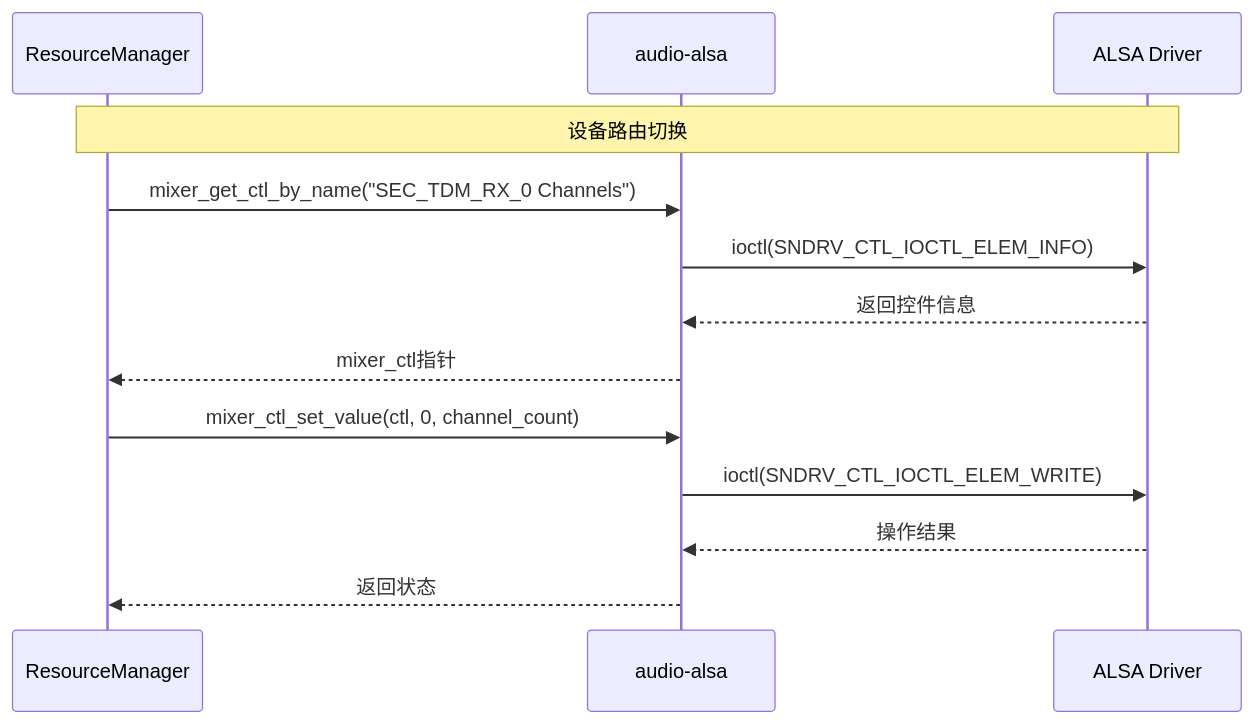
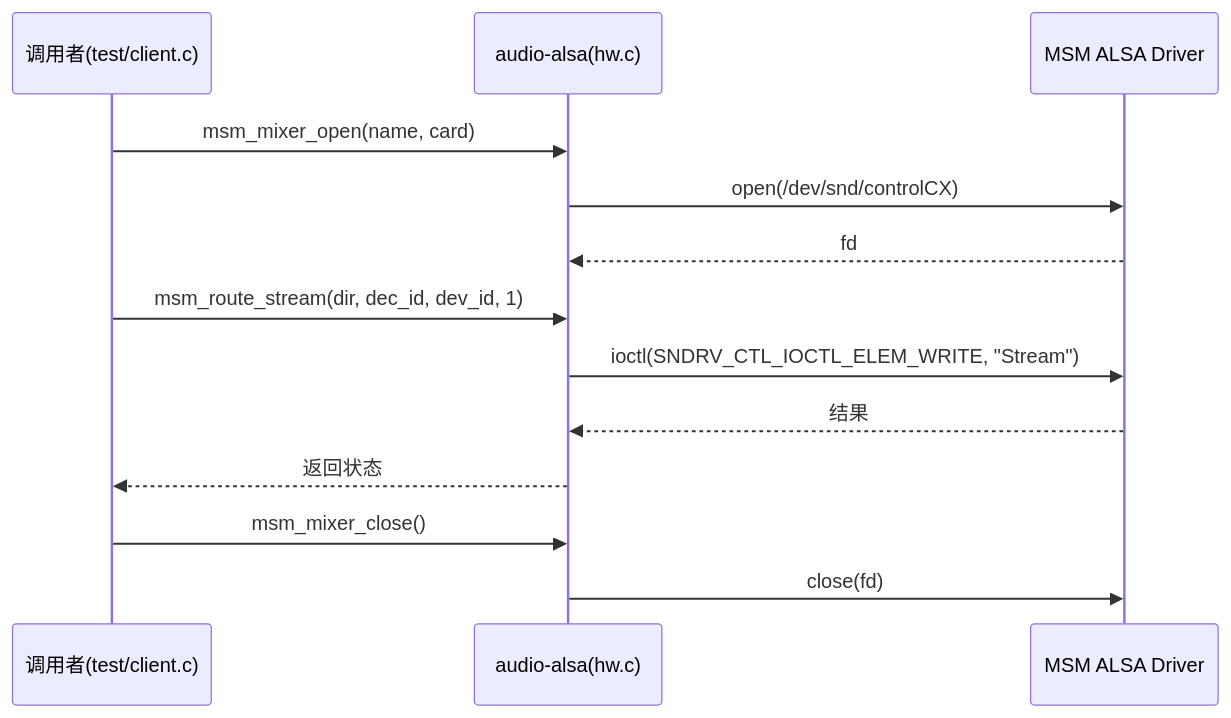
One commit to yanglinzhen1022/SA8295_AAOS_QNX_Audio_KnowledgeBase changed the second of 2 diagrams in 15_PAL_Architecture/15_15.12_QC_audio-alsa_ALSA层实现.md. Above: the diagram before and after it, drawn with Mermaid. The commit also changed other lines of this file and 48 other files, not shown here.

````diff
--- a/15_PAL_Architecture/15_15.12_QC_audio-alsa_ALSA层实现.md
+++ b/15_PAL_Architecture/15_15.12_QC_audio-alsa_ALSA层实现.md
@@ -182,16 +163,16 @@
 ```mermaid
 sequenceDiagram
-    participant RM as ResourceManager
-    participant ALSA as audio-alsa
-    participant KERNEL as ALSA Driver
+    participant APP as 调用者(test/client.c)
+    participant ALSA as audio-alsa(hw.c)
+    participant KERNEL as MSM ALSA Driver
 
-    Note over RM,KERNEL: 设备路由切换
-    RM->>ALSA: mixer_get_ctl_by_name("SEC_TDM_RX_0 Channels")
-    ALSA->>KERNEL: ioctl(SNDRV_CTL_IOCTL_ELEM_INFO)
-    KERNEL-->>ALSA: 返回控件信息
-    ALSA-->>RM: mixer_ctl指针
-    RM->>ALSA: mixer_ctl_set_value(ctl, 0, channel_count)
-    ALSA->>KERNEL: ioctl(SNDRV_CTL_IOCTL_ELEM_WRITE)
-    KERNEL-->>ALSA: 操作结果
-    ALSA-->>RM: 返回状态
+    APP->>ALSA: msm_mixer_open(name, card)
+    ALSA->>KERNEL: open(/dev/snd/controlCX)
+    KERNEL-->>ALSA: fd
+    APP->>ALSA: msm_route_stream(dir, dec_id, dev_id, 1)
+    ALSA->>KERNEL: ioctl(SNDRV_CTL_IOCTL_ELEM_WRITE, "Stream")
+    KERNEL-->>ALSA: 结果
+    ALSA-->>APP: 返回状态
+    APP->>ALSA: msm_mixer_close()
+    ALSA->>KERNEL: close(fd)
 ```
````
